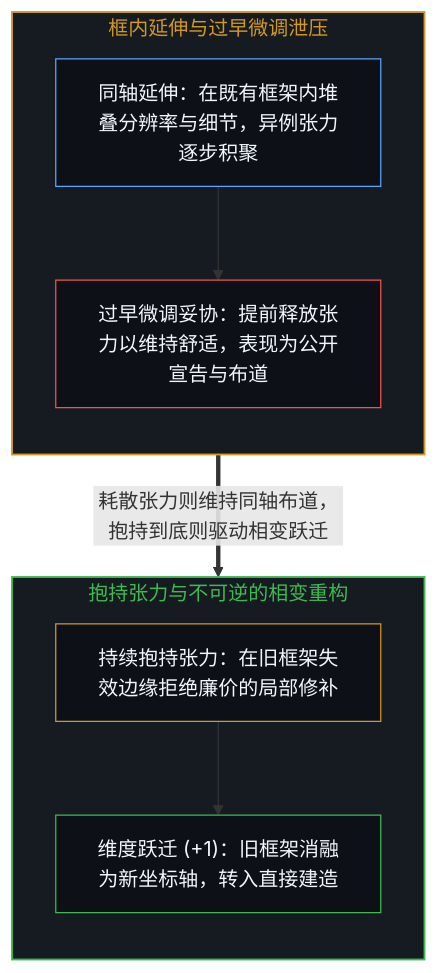
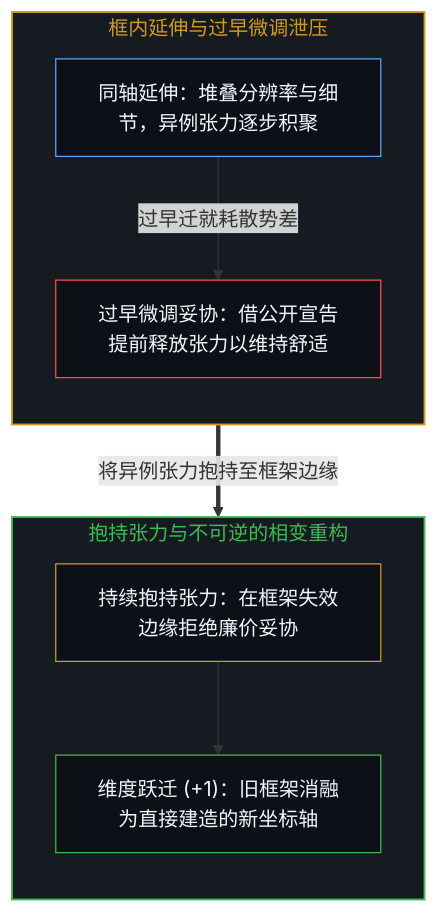
One commit to powerpig99/not-a-toe changed the first of 2 diagrams in content/posts/extension-and-shift.md. Above: the diagram before and after it, drawn with Mermaid. The commit also changed other lines of this file and 13 other files, not shown here.

````diff
--- a/content/posts/extension-and-shift.md
+++ b/content/posts/extension-and-shift.md
@@ -17,22 +17,22 @@
 ```mermaid
 flowchart TD
     subgraph S_Extend["框内延伸与过早微调泄压"]
         direction TB
-        Axis["同轴延伸：在既有框架内堆叠分辨率与细节，异例张力逐步积聚"]
-        Micro["过早微调妥协：提前释放张力以维持舒适，表现为公开宣告与布道"]
-        Axis --> Micro
+        Axis["同轴延伸：堆叠分辨率与细节，异例张力逐步积聚"]
+        Micro["过早微调妥协：借公开宣告提前释放张力以维持舒适"]
+        Axis -->|"过早迁就耗散势差"| Micro
     end
     subgraph S_Shift["抱持张力与不可逆的相变重构"]
         direction TB
-        Hold["持续抱持张力：在旧框架失效边缘拒绝廉价的局部修补"]
-        Phase["维度跃迁 (+1)：旧框架消融为新坐标轴，转入直接建造"]
+        Hold["持续抱持张力：在框架失效边缘拒绝廉价妥协"]
+        Phase["维度跃迁 (+1)：旧框架消融为直接建造的新坐标轴"]
         Hold --> Phase
     end
-    Micro ==>|"耗散张力则维持同轴布道，抱持到底则驱动相变跃迁"| Hold
+    Axis ==>|"将异例张力抱持至框架边缘"| Hold
     style S_Extend fill:#161b22,stroke:#d29922,stroke-width:1.5px,color:#d29922
     style S_Shift fill:#161b22,stroke:#3fb950,stroke-width:1.5px,color:#3fb950
     style Axis fill:#0d1117,stroke:#58a6ff,stroke-width:1px,color:#f0f6fc
     style Micro fill:#0d1117,stroke:#f85149,stroke-width:1px,color:#f0f6fc
     style Hold fill:#0d1117,stroke:#d29922,stroke-width:1px,color:#f0f6fc
     style Phase fill:#0d1117,stroke:#3fb950,stroke-width:1px,color:#f0f6fc
 ```
````
